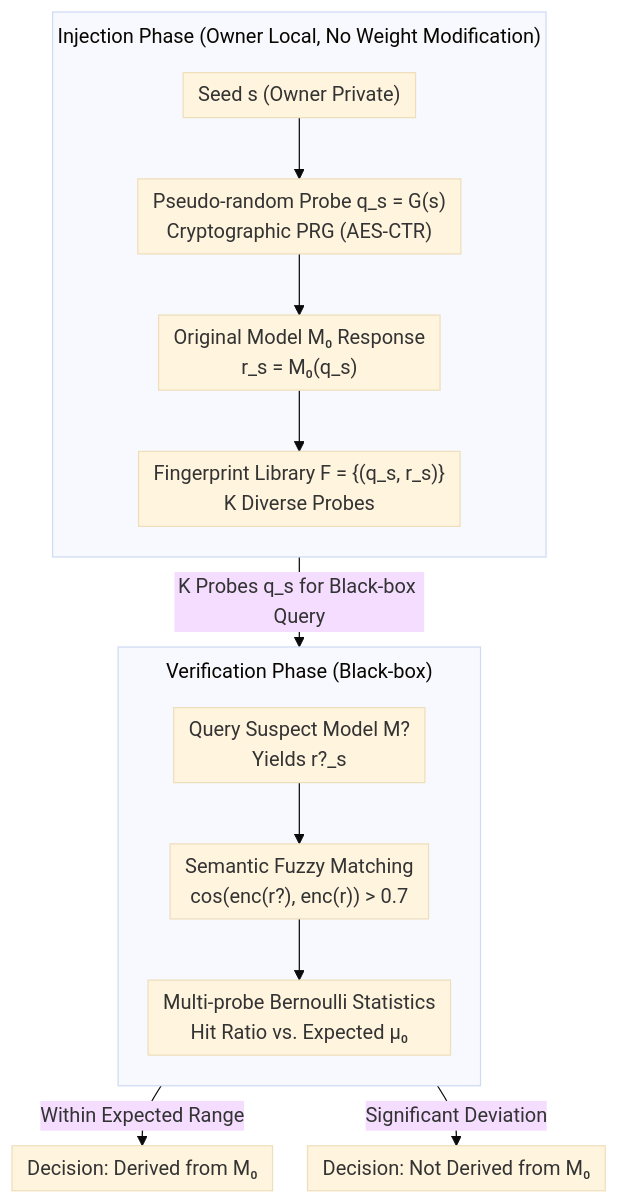
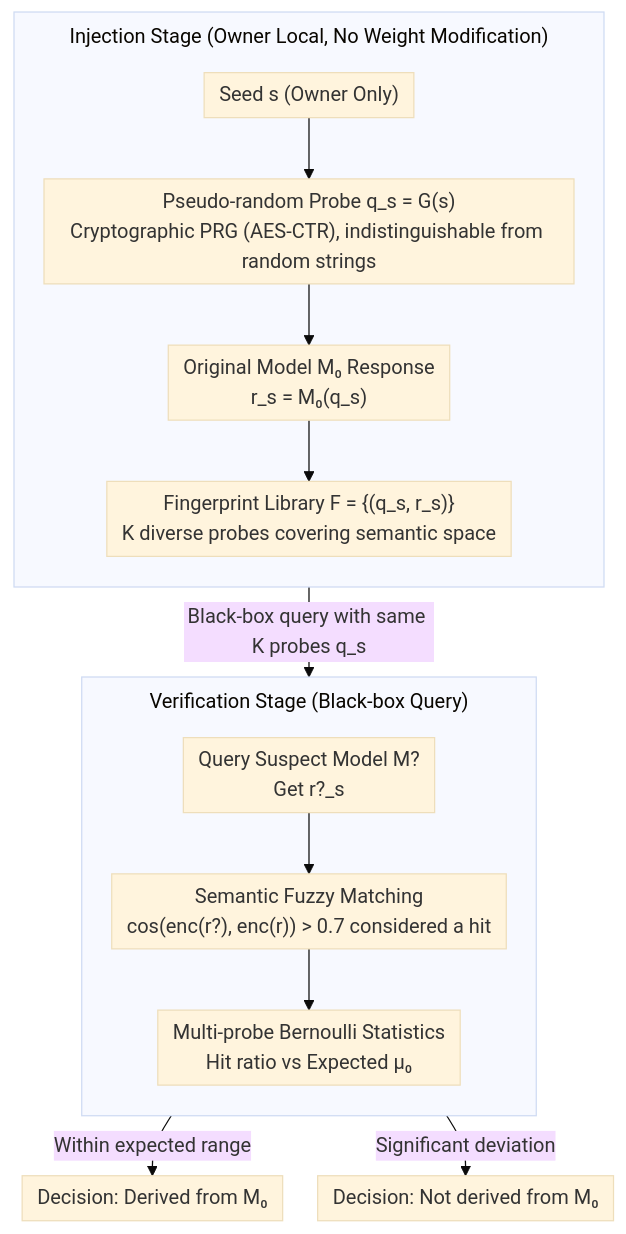
Before and after one commit to zhaoyang97/Paper-Notes-en: the diagram in docs/ICML2026/social_computing/flips_instance-fingerprinting_for_llms_via_pseudo-random_sequences.md, drawn with Mermaid (base theme). The commit also changed other lines of this file and 5084 other files, not shown here.

````diff
--- a/docs/ICML2026/social_computing/flips_instance-fingerprinting_for_llms_via_pseudo-random_sequences.md
+++ b/docs/ICML2026/social_computing/flips_instance-fingerprinting_for_llms_via_pseudo-random_sequences.md
@@ -42,18 +42,18 @@
 ```mermaid
 %%{init: {'flowchart': {'rankSpacing': 24, 'nodeSpacing': 28, 'padding': 6, 'wrappingWidth': 400, 'subGraphTitleMargin': {'top': 8, 'bottom': 16}}}}%%
 flowchart TD
-    subgraph INJ["Injection Phase (Owner Local, No Weight Modification)"]
+    subgraph INJ["Injection Stage (Owner Local, No Weight Modification)"]
         direction TB
-        S["Seed s (Owner Private)"] --> G["Pseudo-random Probe q_s = G(s)<br/>Cryptographic PRG (AES-CTR)"]
+        S["Seed s (Owner Only)"] --> G["Pseudo-random Probe q_s = G(s)<br/>Cryptographic PRG (AES-CTR), indistinguishable from random strings"]
         G --> M0["Original Model M₀ Response<br/>r_s = M₀(q_s)"]
-        M0 --> F["Fingerprint Library F = {(q_s, r_s)}<br/>K Diverse Probes"]
+        M0 --> F["Fingerprint Library F = {(q_s, r_s)}<br/>K diverse probes covering semantic space"]
     end
-    F -->|K Probes q_s for Black-box Query| Q["Query Suspect Model M?<br/>Yields r?_s"]
-    subgraph VER["Verification Phase (Black-box)"]
+    F -->|Black-box query with same K probes q_s| Q["Query Suspect Model M?<br/>Get r?_s"]
+    subgraph VER["Verification Stage (Black-box Query)"]
         direction TB
-        Q --> SIM["Semantic Fuzzy Matching<br/>cos(enc(r?), enc(r)) > 0.7"]
-        SIM --> STAT["Multi-probe Bernoulli Statistics<br/>Hit Ratio vs. Expected μ₀"]
+        Q --> SIM["Semantic Fuzzy Matching<br/>cos(enc(r?), enc(r)) > 0.7 considered a hit"]
+        SIM --> STAT["Multi-probe Bernoulli Statistics<br/>Hit ratio vs Expected μ₀"]
     end
-    STAT -->|Within Expected Range| Y["Decision: Derived from M₀"]
-    STAT -->|Significant Deviation| N["Decision: Not Derived from M₀"]
+    STAT -->|Within expected range| Y["Decision: Derived from M₀"]
+    STAT -->|Significant deviation| N["Decision: Not derived from M₀"]
 ```
````
